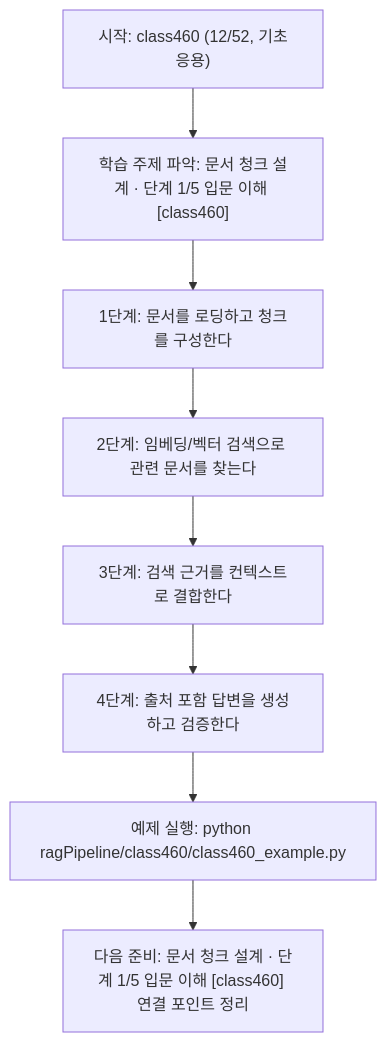
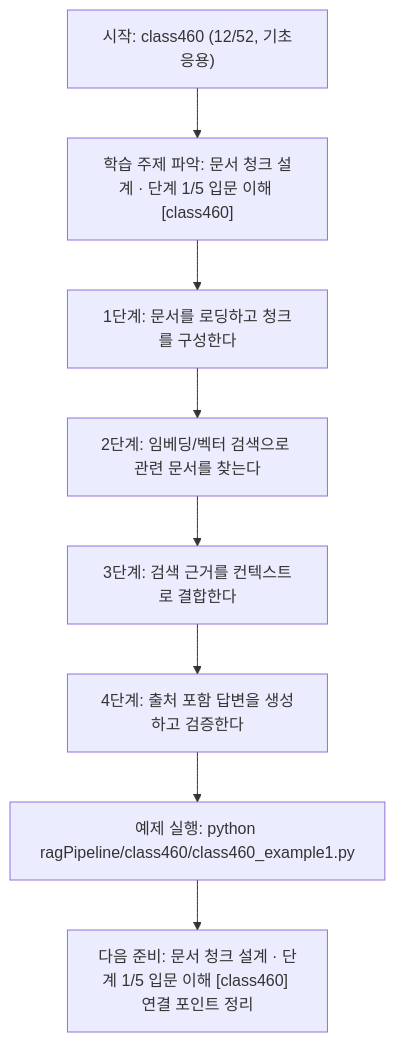
Before and after one commit to edumgt/Python-AI_Agent-Class: the diagram in ragPipeline/class460/class460.md, drawn with Mermaid. The commit also changed other lines of this file and 2959 other files, not shown here.

````diff
--- a/ragPipeline/class460/class460.md
+++ b/ragPipeline/class460/class460.md
@@ -111,18 +111,18 @@
 ```mermaid
 flowchart TD
 N1["시작: class460 (12/52, 기초응용)"]
 N2["학습 주제 파악: 문서 청크 설계 · 단계 1/5 입문 이해 [class460]"]
 N3["1단계: 문서를 로딩하고 청크를 구성한다"]
 N4["2단계: 임베딩/벡터 검색으로 관련 문서를 찾는다"]
 N5["3단계: 검색 근거를 컨텍스트로 결합한다"]
 N6["4단계: 출처 포함 답변을 생성하고 검증한다"]
-N7["예제 실행: python ragPipeline/class460/class460_example.py"]
+N7["예제 실행: python ragPipeline/class460/class460_example1.py"]
 N8["다음 준비: 문서 청크 설계 · 단계 1/5 입문 이해 [class460] 연결 포인트 정리"]
 N1 --> N2
 N2 --> N3
 N3 --> N4
 N4 --> N5
 N5 --> N6
 N6 --> N7
 N7 --> N8
 ```
````
